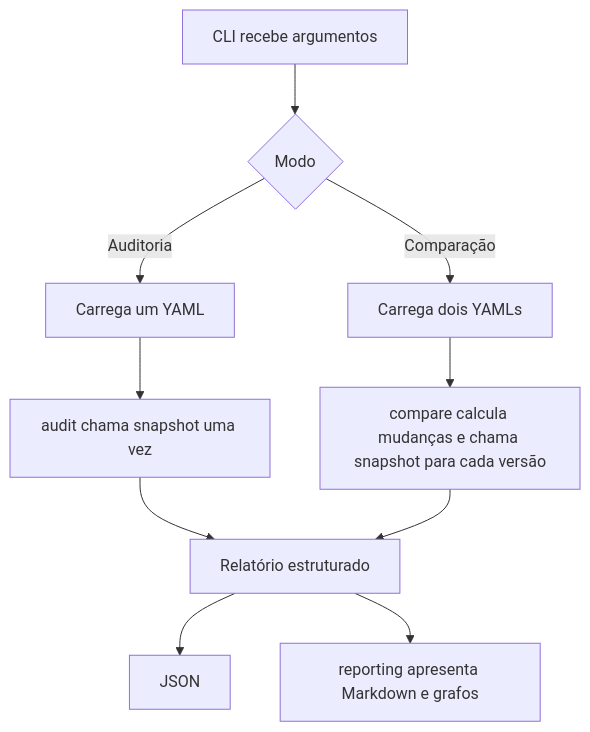
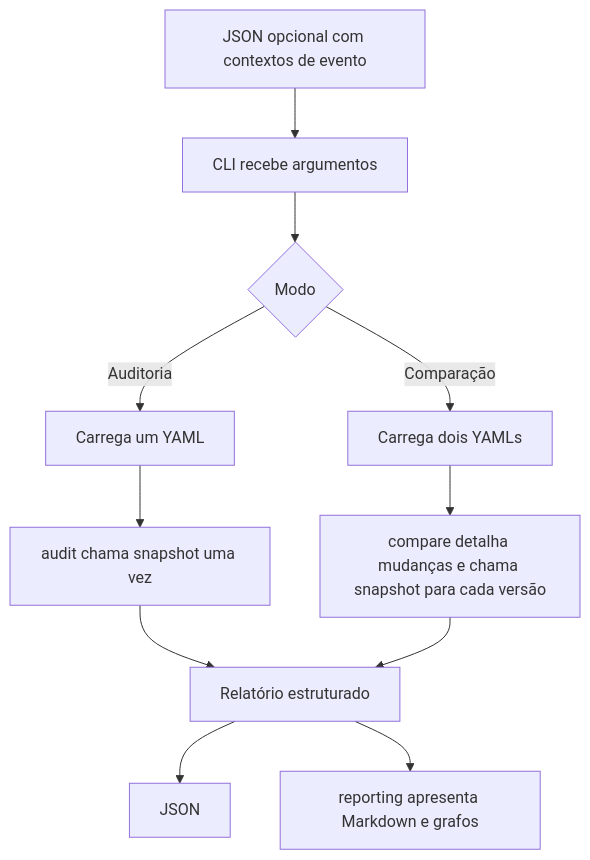
One commit to ziansouzab/tcc-pipeline-impact changed the diagram in docs/ARQUITETURA.md. Above: the diagram before and after it, drawn with Mermaid. The commit also changed other lines of this file and 4 other files, not shown here.

````diff
--- a/docs/ARQUITETURA.md
+++ b/docs/ARQUITETURA.md
@@ -13,12 +14,13 @@
 ```mermaid
 flowchart TD
     A[CLI recebe argumentos] --> B{Modo}
+    X[JSON opcional com contextos de evento] --> A
     B -->|Auditoria| C[Carrega um YAML]
     B -->|Comparação| D[Carrega dois YAMLs]
     C --> E[audit chama snapshot uma vez]
-    D --> F[compare calcula mudanças e chama snapshot para cada versão]
+    D --> F[compare detalha mudanças e chama snapshot para cada versão]
     E --> G[Relatório estruturado]
     F --> G
     G --> H[JSON]
     G --> I[reporting apresenta Markdown e grafos]
 ```
````
